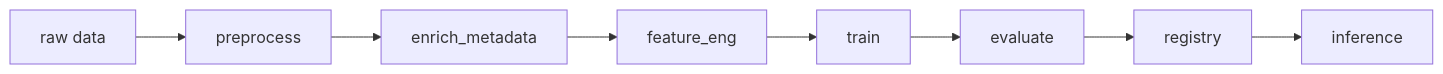
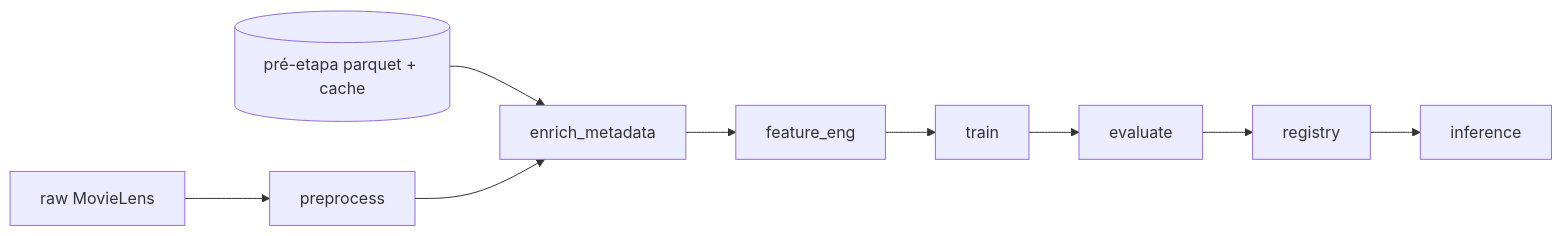
Before and after one commit to ViniciusSolon/9mlet-tech-challenge-2-movie-rec-sys: the second of 2 diagrams in .cursor/context/ml-pipeline.md, drawn with Mermaid. The commit also changed other lines of this file and 74 other files, not shown here.

````diff
--- a/.cursor/context/ml-pipeline.md
+++ b/.cursor/context/ml-pipeline.md
@@ -21,10 +49,11 @@
 ```mermaid
 flowchart LR
-    A[raw data] --> B[preprocess]
-    B --> C[enrich_metadata]
+    A[raw MovieLens] --> B[preprocess]
+    PRE[(pré-etapa parquet + cache)] --> C[enrich_metadata]
+    B --> C
     C --> D[feature_eng]
     D --> E[train]
     E --> F[evaluate]
     F --> G[registry]
     G --> H[inference]
 ```
````
